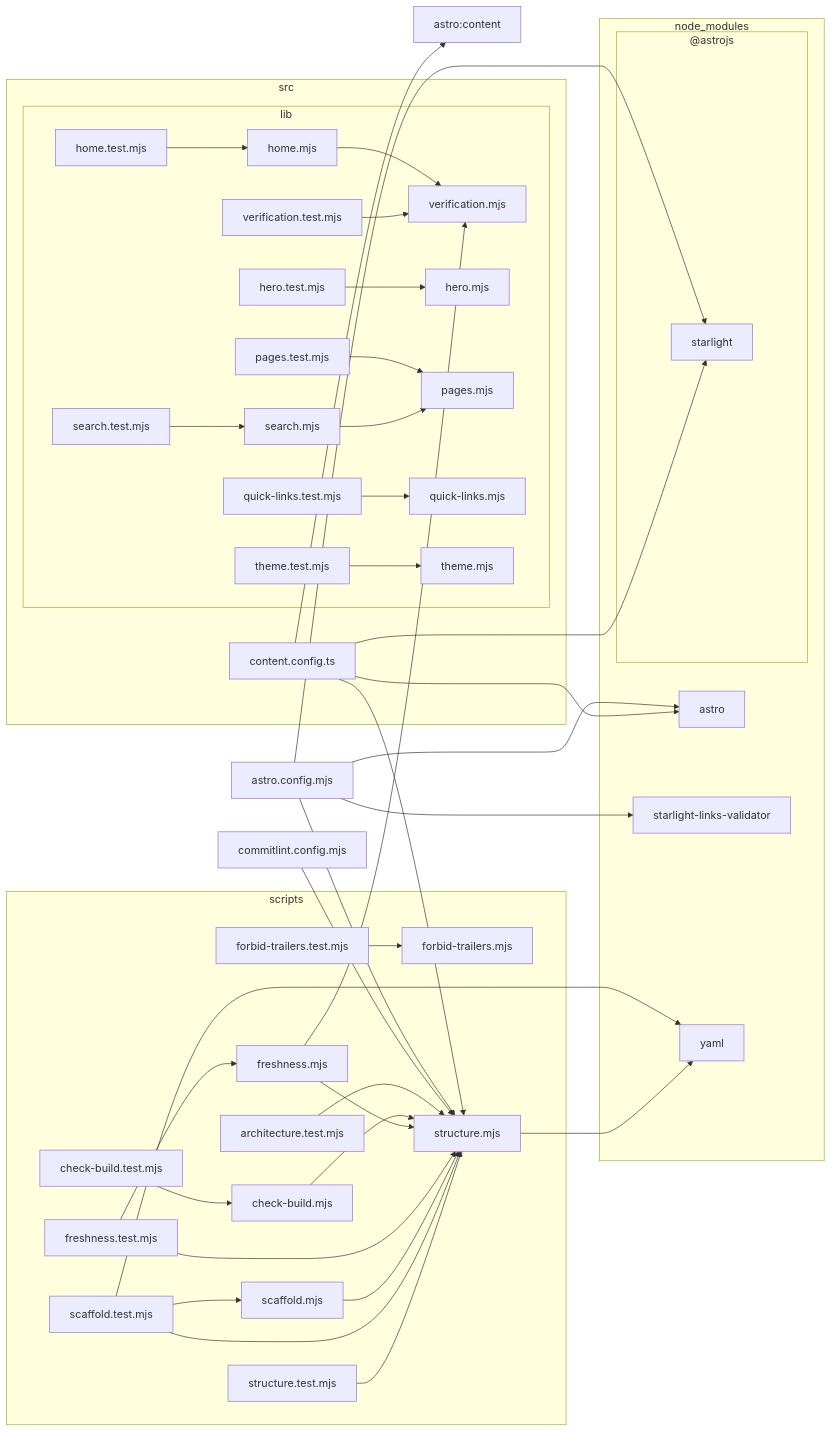
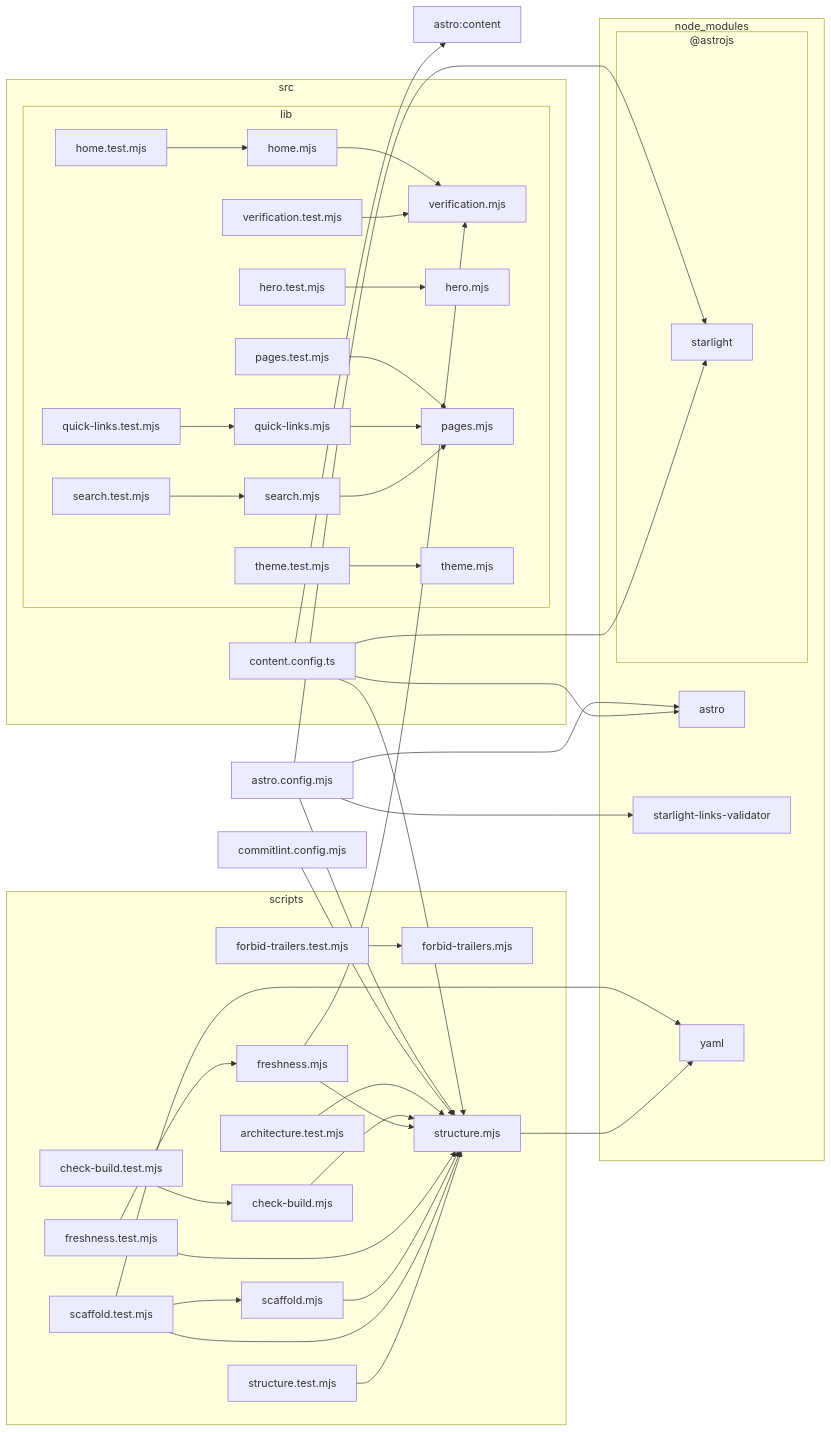
The diagram in docs/architecture.mmd (FilipTw/claude-craft), drawn with Mermaid before and after one commit. The commit also changed 7 other files, not shown here.

```diff
--- a/docs/architecture.mmd
+++ b/docs/architecture.mmd
@@ -1,77 +1,78 @@
 flowchart LR
 
 0["astro.config.mjs"]
 1["astro:content"]
 2["commitlint.config.mjs"]
 subgraph 3["node_modules"]
 subgraph 4["@astrojs"]
 5["starlight"]
 end
 6["astro"]
 7["starlight-links-validator"]
 8["yaml"]
 end
 subgraph 9["scripts"]
 A["architecture.test.mjs"]
 B["check-build.mjs"]
 C["check-build.test.mjs"]
 D["forbid-trailers.mjs"]
 E["forbid-trailers.test.mjs"]
 F["freshness.mjs"]
 G["freshness.test.mjs"]
 H["scaffold.mjs"]
 I["scaffold.test.mjs"]
 J["structure.mjs"]
 K["structure.test.mjs"]
 end
 subgraph L["src"]
 M["content.config.ts"]
 subgraph N["lib"]
 O["hero.mjs"]
 P["hero.test.mjs"]
 Q["home.mjs"]
 R["home.test.mjs"]
 S["pages.mjs"]
 T["pages.test.mjs"]
 U["quick-links.mjs"]
 V["quick-links.test.mjs"]
 W["search.mjs"]
 X["search.test.mjs"]
 Y["theme.mjs"]
 Z["theme.test.mjs"]
 10["verification.mjs"]
 11["verification.test.mjs"]
 end
 end
 0-->J
 0-->5
 0-->6
 0-->7
 2-->J
 A-->J
 B-->J
 C-->B
 E-->D
 F-->10
 F-->J
 G-->F
 G-->J
 H-->J
 I-->H
 I-->J
 I-->8
 J-->8
 K-->J
 M-->J
 M-->5
 M-->1
 M-->6
 P-->O
 Q-->10
 R-->Q
 T-->S
+U-->S
 V-->U
 W-->S
 X-->W
 Z-->Y
 11-->10
```
